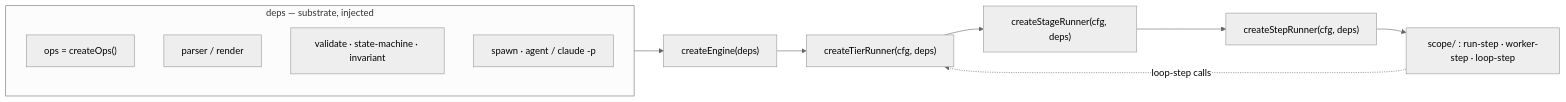
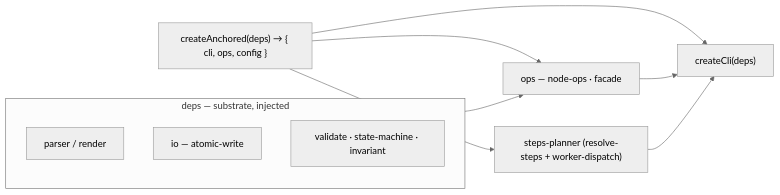
Before and after one commit to chafoo/anchored: the second of 2 diagrams in docs/design/engine-architecture.md, drawn with Mermaid (neutral theme). The commit also changed other lines of this file and 6 other files, not shown here.

````diff
--- a/docs/design/engine-architecture.md
+++ b/docs/design/engine-architecture.md
@@ -57,16 +77,15 @@
 ```mermaid
 flowchart LR
     subgraph deps["deps — substrate, injected"]
-        ops["ops = createOps()"]
         parse["parser / render"]
+        io["io — atomic-write"]
         val["validate · state-machine · invariant"]
-        spawn["spawn · agent / claude -p"]
     end
 
-    E["createEngine(deps)"] --> T["createTierRunner(cfg, deps)"]
-    T --> S["createStageRunner(cfg, deps)"]
-    S --> P["createStepRunner(cfg, deps)"]
-    P --> SC["scope/ : run-step · worker-step · loop-step"]
-    SC -. "loop-step calls" .-> T
-    deps --> E
+    A["createAnchored(deps) → { cli, ops, config }"] --> CLI["createCli(deps)"]
+    A --> OPS["ops — node-ops · facade"]
+    A --> PLN["steps-planner (resolve-steps + worker-dispatch)"]
+    deps --> OPS
+    OPS --> CLI
+    PLN --> CLI
 ```
````
